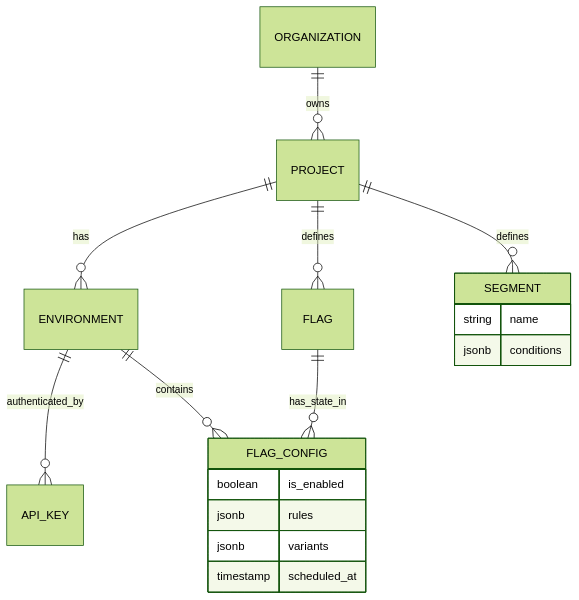
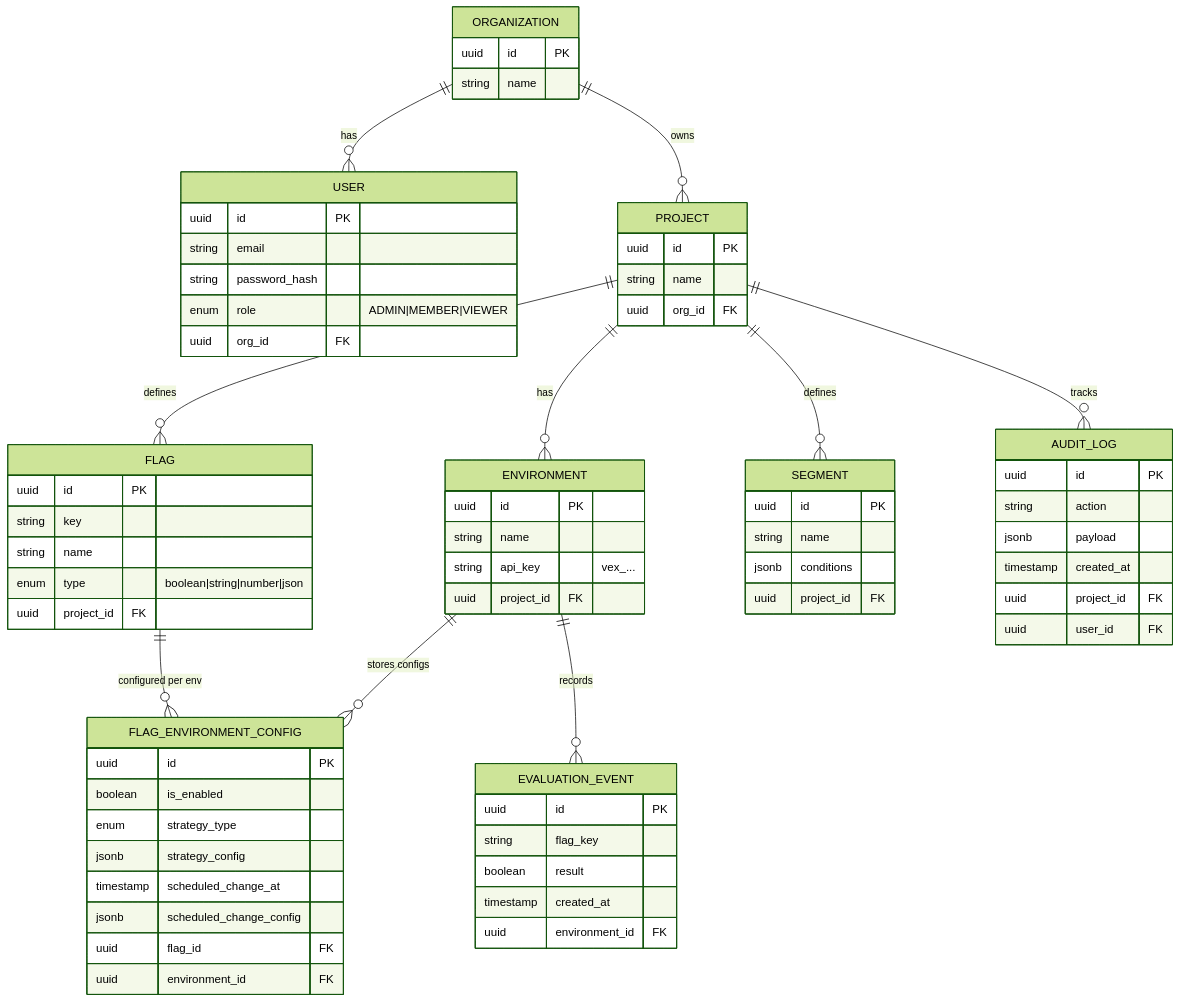
One commit to AbhishekKhot/Vexil changed the fourth of 5 diagrams in README.md. Above: the diagram before and after it, drawn with Mermaid (forest theme). The commit also changed other lines of this file and 131 other files, not shown here.

````diff
--- a/README.md
+++ b/README.md
@@ -375,24 +143,73 @@
 ```mermaid
 erDiagram
+    ORGANIZATION {
+        uuid id PK
+        string name
+    }
+    USER {
+        uuid id PK
+        string email
+        string password_hash
+        enum role "ADMIN|MEMBER|VIEWER"
+        uuid org_id FK
+    }
+    PROJECT {
+        uuid id PK
+        string name
+        uuid org_id FK
+    }
+    ENVIRONMENT {
+        uuid id PK
+        string name
+        string api_key "vex_..."
+        uuid project_id FK
+    }
+    FLAG {
+        uuid id PK
+        string key
+        string name
+        enum type "boolean|string|number|json"
+        uuid project_id FK
+    }
+    FLAG_ENVIRONMENT_CONFIG {
+        uuid id PK
+        boolean is_enabled
+        enum strategy_type
+        jsonb strategy_config
+        timestamp scheduled_change_at
+        jsonb scheduled_change_config
+        uuid flag_id FK
+        uuid environment_id FK
+    }
+    SEGMENT {
+        uuid id PK
+        string name
+        jsonb conditions
+        uuid project_id FK
+    }
+    EVALUATION_EVENT {
+        uuid id PK
+        string flag_key
+        boolean result
+        timestamp created_at
+        uuid environment_id FK
+    }
+    AUDIT_LOG {
+        uuid id PK
+        string action
+        jsonb payload
+        timestamp created_at
+        uuid project_id FK
+        uuid user_id FK
+    }
+
+    ORGANIZATION ||--o{ USER : has
     ORGANIZATION ||--o{ PROJECT : owns
     PROJECT ||--o{ ENVIRONMENT : has
     PROJECT ||--o{ FLAG : defines
-    
-    ENVIRONMENT ||--o{ API_KEY : authenticated_by
-    
-    FLAG ||--o{ FLAG_CONFIG : has_state_in
-    ENVIRONMENT ||--o{ FLAG_CONFIG : contains
-    
-    FLAG_CONFIG {
-        boolean is_enabled
-        jsonb rules
-        jsonb variants
-        timestamp scheduled_at
-    }
-
     PROJECT ||--o{ SEGMENT : defines
-    SEGMENT {
-        string name
-        jsonb conditions
-    }
+    PROJECT ||--o{ AUDIT_LOG : tracks
+    FLAG ||--o{ FLAG_ENVIRONMENT_CONFIG : "configured per env"
+    ENVIRONMENT ||--o{ FLAG_ENVIRONMENT_CONFIG : "stores configs"
+    ENVIRONMENT ||--o{ EVALUATION_EVENT : records
 ```
````
